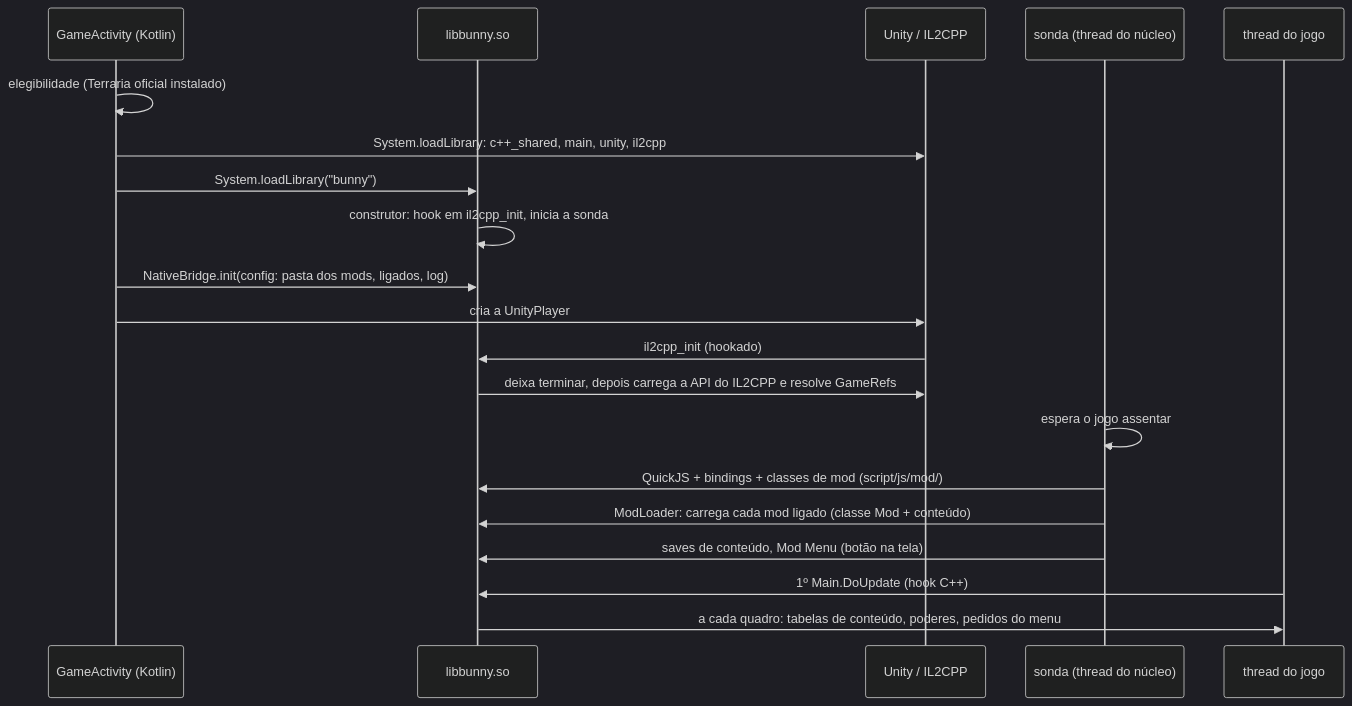
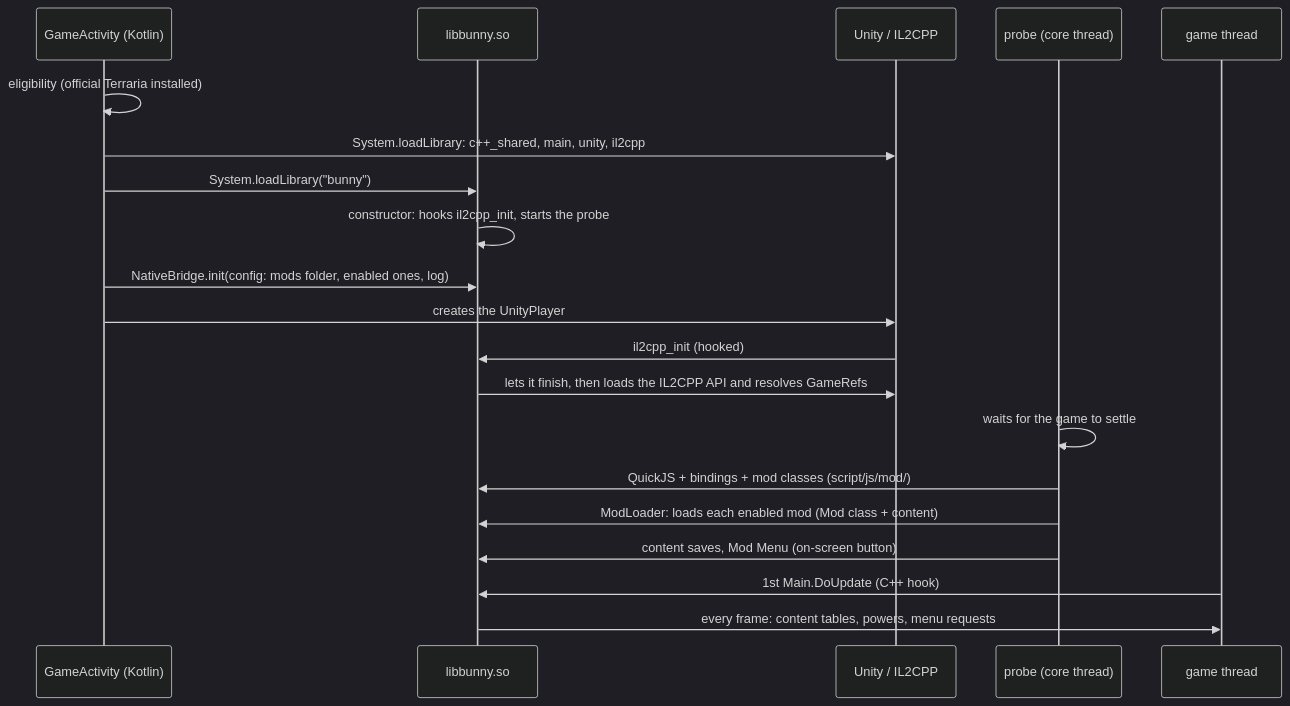
Before and after one commit to JonataOliveiraa/Bunny-Loader: the second of 2 diagrams in docs/nucleo/README.md, drawn with Mermaid (dark theme). The commit also changed other lines of this file and 89 other files, not shown here.

````diff
--- a/docs/nucleo/README.md
+++ b/docs/nucleo/README.md
@@ -76,22 +76,22 @@
 ```mermaid
 sequenceDiagram
     participant A as GameActivity (Kotlin)
     participant B as libbunny.so
     participant U as Unity / IL2CPP
-    participant S as sonda (thread do núcleo)
-    participant G as thread do jogo
-    A->>A: elegibilidade (Terraria oficial instalado)
+    participant S as probe (core thread)
+    participant G as game thread
+    A->>A: eligibility (official Terraria installed)
     A->>U: System.loadLibrary: c++_shared, main, unity, il2cpp
     A->>B: System.loadLibrary("bunny")
-    B->>B: construtor: hook em il2cpp_init, inicia a sonda
-    A->>B: NativeBridge.init(config: pasta dos mods, ligados, log)
-    A->>U: cria a UnityPlayer
-    U->>B: il2cpp_init (hookado)
-    B->>U: deixa terminar, depois carrega a API do IL2CPP e resolve GameRefs
-    S->>S: espera o jogo assentar
-    S->>B: QuickJS + bindings + classes de mod (script/js/mod/)
-    S->>B: ModLoader: carrega cada mod ligado (classe Mod + conteúdo)
-    S->>B: saves de conteúdo, Mod Menu (botão na tela)
-    G->>B: 1º Main.DoUpdate (hook C++)
-    B->>G: a cada quadro: tabelas de conteúdo, poderes, pedidos do menu
+    B->>B: constructor: hooks il2cpp_init, starts the probe
+    A->>B: NativeBridge.init(config: mods folder, enabled ones, log)
+    A->>U: creates the UnityPlayer
+    U->>B: il2cpp_init (hooked)
+    B->>U: lets it finish, then loads the IL2CPP API and resolves GameRefs
+    S->>S: waits for the game to settle
+    S->>B: QuickJS + bindings + mod classes (script/js/mod/)
+    S->>B: ModLoader: loads each enabled mod (Mod class + content)
+    S->>B: content saves, Mod Menu (on-screen button)
+    G->>B: 1st Main.DoUpdate (C++ hook)
+    B->>G: every frame: content tables, powers, menu requests
 ```
````
